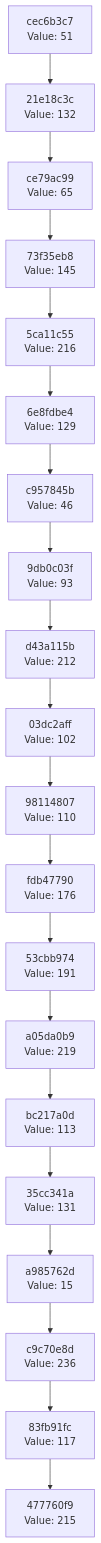
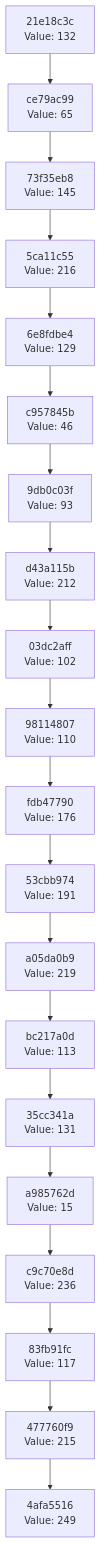
The diagram in docs/CHAIN_VISUALIZATION.md (Abhisheksinha1506/hash-chain-evolver), drawn with Mermaid before and after one commit. The commit also changed 1 other file, not shown here.

Commit message:
Evolution Step

````diff
--- a/docs/CHAIN_VISUALIZATION.md
+++ b/docs/CHAIN_VISUALIZATION.md
@@ -3,42 +3,42 @@
 ```mermaid
 graph TD
-    C0["477760f9<br/>Value: 215"]
-    C1["83fb91fc<br/>Value: 117"]
+    C0["4afa5516<br/>Value: 249"]
+    C1["477760f9<br/>Value: 215"]
     C1 --> C0
-    C2["c9c70e8d<br/>Value: 236"]
+    C2["83fb91fc<br/>Value: 117"]
     C2 --> C1
-    C3["a985762d<br/>Value: 15"]
+    C3["c9c70e8d<br/>Value: 236"]
     C3 --> C2
-    C4["35cc341a<br/>Value: 131"]
+    C4["a985762d<br/>Value: 15"]
     C4 --> C3
-    C5["bc217a0d<br/>Value: 113"]
+    C5["35cc341a<br/>Value: 131"]
     C5 --> C4
-    C6["a05da0b9<br/>Value: 219"]
+    C6["bc217a0d<br/>Value: 113"]
     C6 --> C5
-    C7["53cbb974<br/>Value: 191"]
+    C7["a05da0b9<br/>Value: 219"]
     C7 --> C6
-    C8["fdb47790<br/>Value: 176"]
+    C8["53cbb974<br/>Value: 191"]
     C8 --> C7
-    C9["98114807<br/>Value: 110"]
+    C9["fdb47790<br/>Value: 176"]
     C9 --> C8
-    C10["03dc2aff<br/>Value: 102"]
+    C10["98114807<br/>Value: 110"]
     C10 --> C9
-    C11["d43a115b<br/>Value: 212"]
+    C11["03dc2aff<br/>Value: 102"]
     C11 --> C10
-    C12["9db0c03f<br/>Value: 93"]
+    C12["d43a115b<br/>Value: 212"]
     C12 --> C11
-    C13["c957845b<br/>Value: 46"]
+    C13["9db0c03f<br/>Value: 93"]
     C13 --> C12
-    C14["6e8fdbe4<br/>Value: 129"]
+    C14["c957845b<br/>Value: 46"]
     C14 --> C13
-    C15["5ca11c55<br/>Value: 216"]
+    C15["6e8fdbe4<br/>Value: 129"]
     C15 --> C14
-    C16["73f35eb8<br/>Value: 145"]
+    C16["5ca11c55<br/>Value: 216"]
     C16 --> C15
-    C17["ce79ac99<br/>Value: 65"]
+    C17["73f35eb8<br/>Value: 145"]
     C17 --> C16
-    C18["21e18c3c<br/>Value: 132"]
+    C18["ce79ac99<br/>Value: 65"]
     C18 --> C17
-    C19["cec6b3c7<br/>Value: 51"]
+    C19["21e18c3c<br/>Value: 132"]
     C19 --> C18
 ```
````
